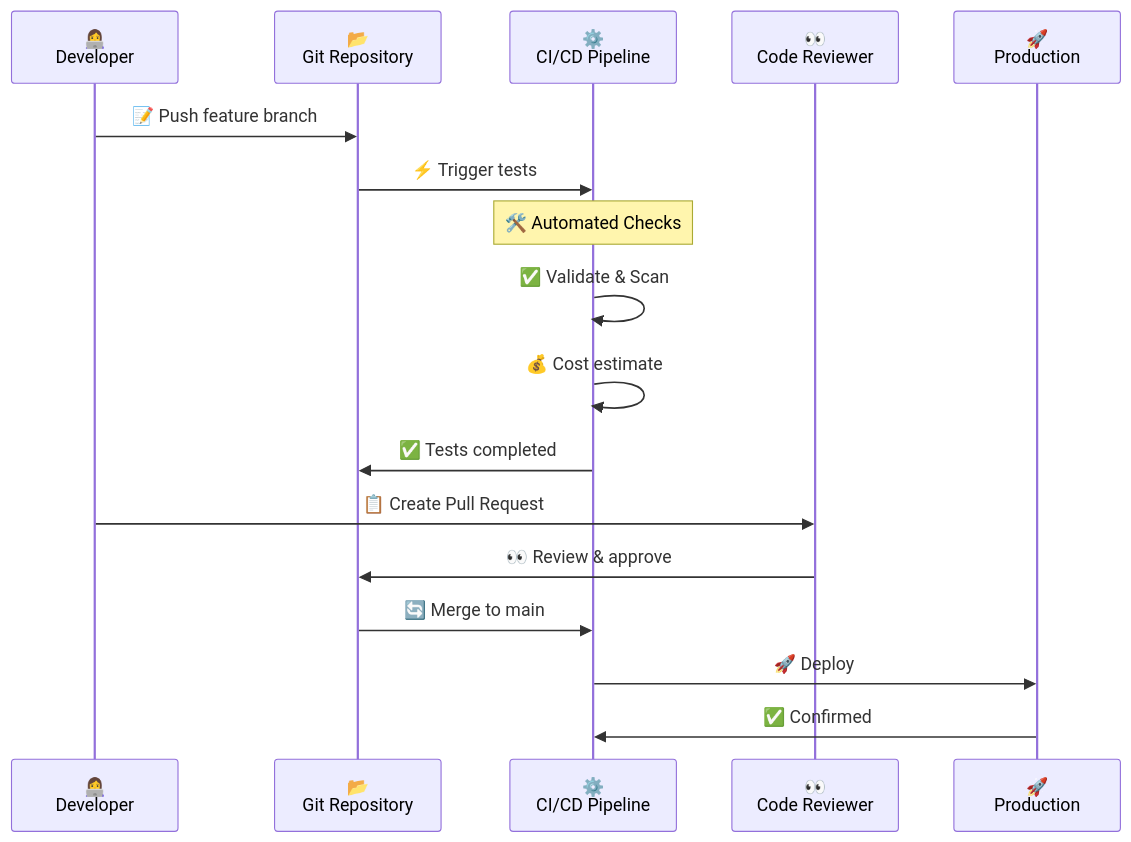
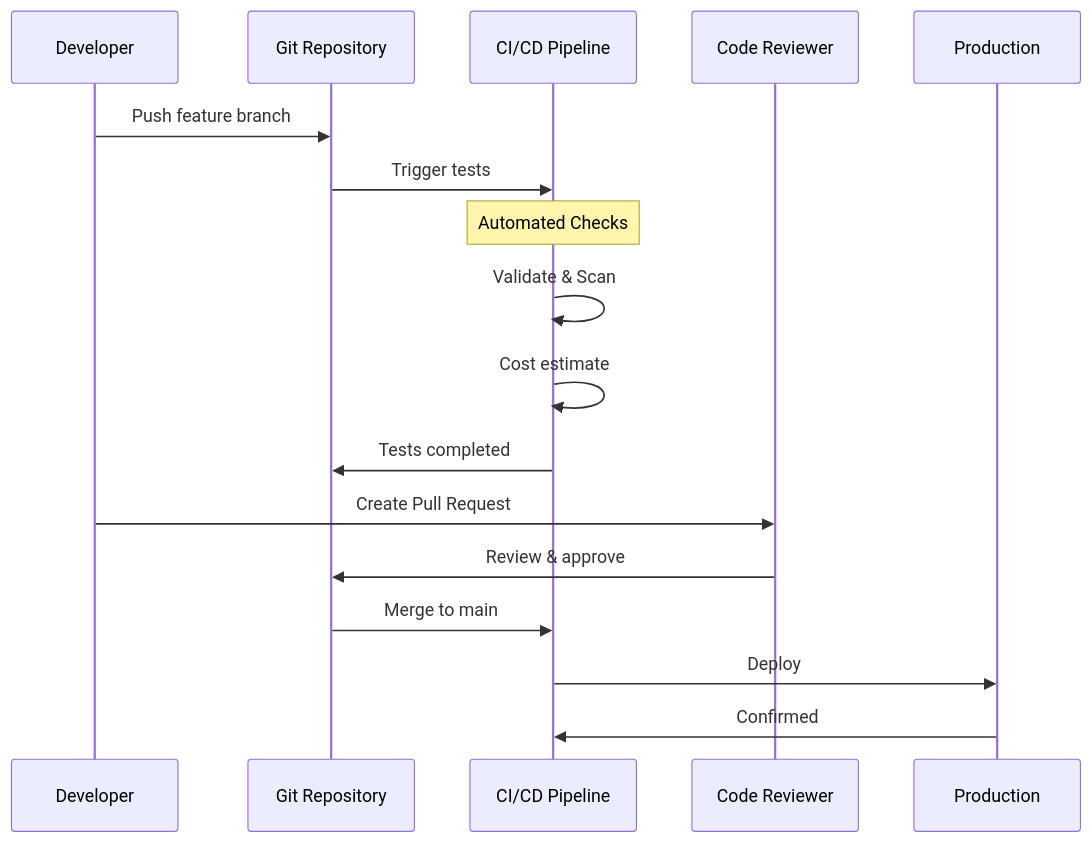
One commit to Geonitab/architecture_as_code changed the diagram in docs/images/code_review_sequence.mmd. Above: the diagram before and after it, drawn with Mermaid. The commit also changed 38 other files, not shown here.

First line of the commit message:
Improve diagram quality: brand compliance, complexity analysis, and simplification (#1511)

```diff
--- a/docs/images/code_review_sequence.mmd
+++ b/docs/images/code_review_sequence.mmd
@@ -1,22 +1,22 @@
 sequenceDiagram
-    participant Dev as 👩‍💻<br/>Developer
-    participant Git as 📂<br/>Git Repository
-    participant CI as ⚙️<br/>CI/CD Pipeline
-    participant Rev as 👀<br/>Code Reviewer
-    participant Prod as 🚀<br/>Production
+    participant Dev as Developer
+    participant Git as Git Repository
+    participant CI as CI/CD Pipeline
+    participant Rev as Code Reviewer
+    participant Prod as Production
     
-    Dev->>Git: 📝 Push feature branch
-    Git->>CI: ⚡ Trigger tests
+    Dev->>Git: Push feature branch
+    Git->>CI: Trigger tests
     
-    Note over CI: 🛠️ Automated Checks
-    CI->>CI: ✅ Validate & Scan
-    CI->>CI: 💰 Cost estimate
+    Note over CI: Automated Checks
+    CI->>CI: Validate & Scan
+    CI->>CI: Cost estimate
     
-    CI->>Git: ✅ Tests completed
-    Dev->>Rev: 📋 Create Pull Request
+    CI->>Git: Tests completed
+    Dev->>Rev: Create Pull Request
     
-    Rev->>Git: 👀 Review & approve
+    Rev->>Git: Review & approve
     
-    Git->>CI: 🔄 Merge to main
-    CI->>Prod: 🚀 Deploy
-    Prod->>CI: ✅ Confirmed
+    Git->>CI: Merge to main
+    CI->>Prod: Deploy
+    Prod->>CI: Confirmed
```
